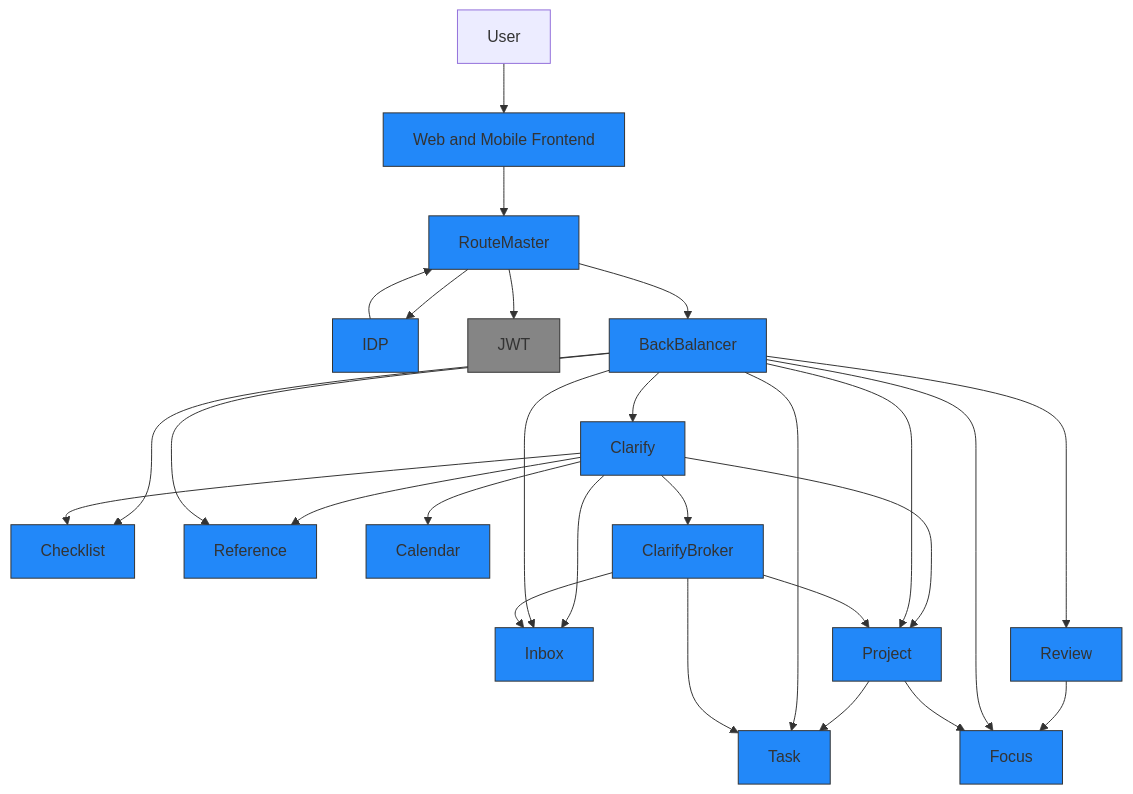
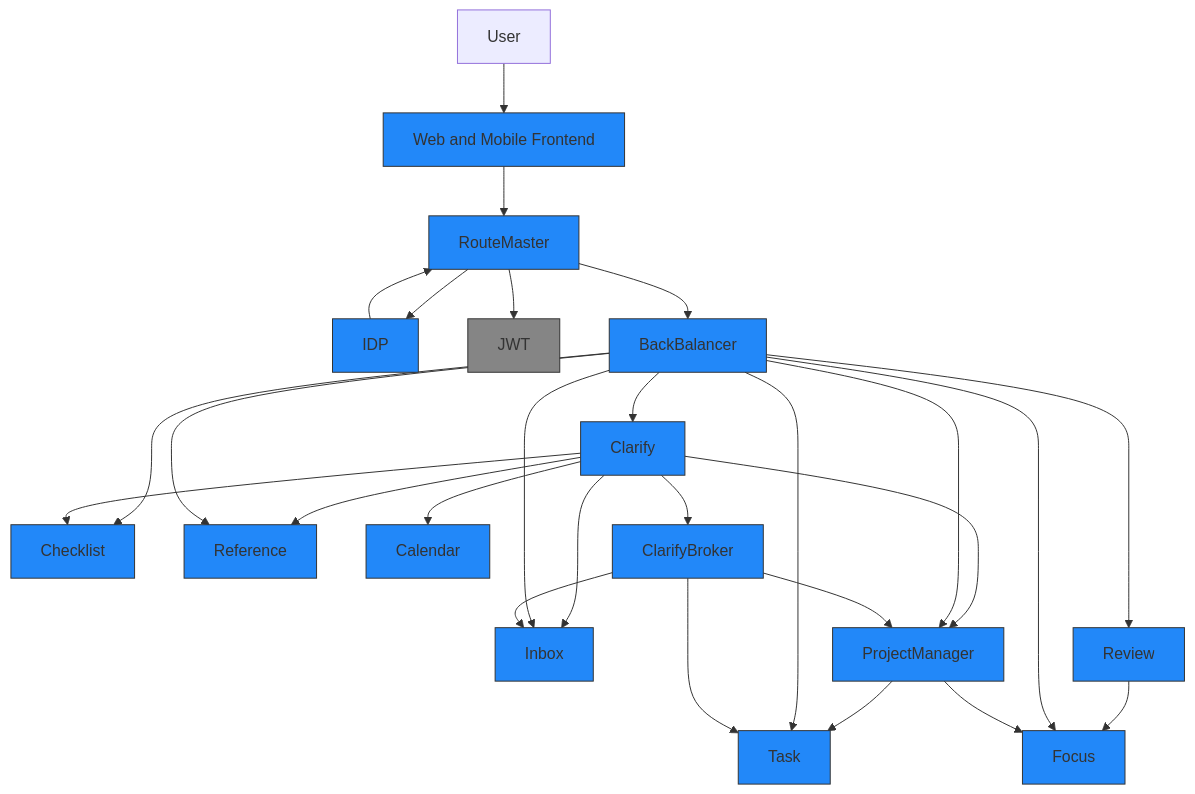
Before and after one commit to Rindrics/gtdapp: the diagram in README.md, drawn with Mermaid. The commit also changed 7 other files, not shown here.

````diff
--- a/README.md
+++ b/README.md
@@ -82,37 +82,37 @@
 ```mermaid
 graph TB
     User[User]-->Frontend
     Frontend[Web and Mobile Frontend]-->RouteMaster
     RouteMaster --> IDP
     IDP --> RouteMaster
     RouteMaster --> JWT
     JWT
 
     RouteMaster --> BackBalancer
     BackBalancer --> Checklist
     BackBalancer --> Clarify
     Clarify --> Checklist
     Clarify --> Inbox
     Clarify --> Reference
-    Clarify --> Project
+    Clarify --> ProjectManager
     Clarify --> Calendar
-    Project --> Task
+    ProjectManager --> Task
     BackBalancer --> Task
-    BackBalancer --> Project
+    BackBalancer --> ProjectManager
     BackBalancer --> Reference
     BackBalancer --> Review
     Review --> Focus
     BackBalancer --> Focus
     BackBalancer --> Inbox
-    Project --> Focus
+    ProjectManager --> Focus
 
     Clarify --> ClarifyBroker
     ClarifyBroker --> Inbox
-    ClarifyBroker --> Project
+    ClarifyBroker --> ProjectManager
     ClarifyBroker --> Task
 
     classDef services fill:#2288f9,stroke:#333,stroke-width:1px;
-    class RouteMaster,BackBalancer,IDP,Frontend,Checklist,Clarify,ClarifyBroker,Inbox,Reference,Project,Task,Review,Focus,Calendar services;
+    class RouteMaster,BackBalancer,IDP,Frontend,Checklist,Clarify,ClarifyBroker,Inbox,Reference,ProjectManager,Task,Review,Focus,Calendar services;
     classDef tools fill:#858585,stroke:#333,stroke-width:1px;
     class JWT tools
 ```
````
